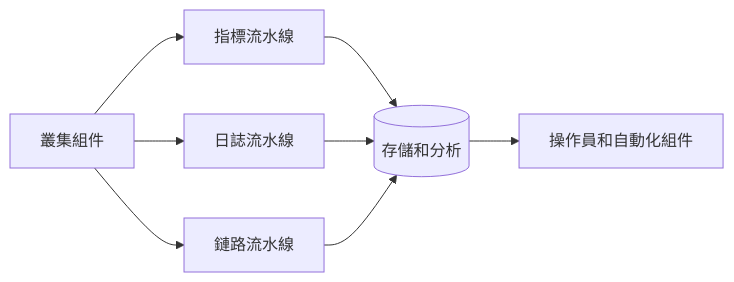
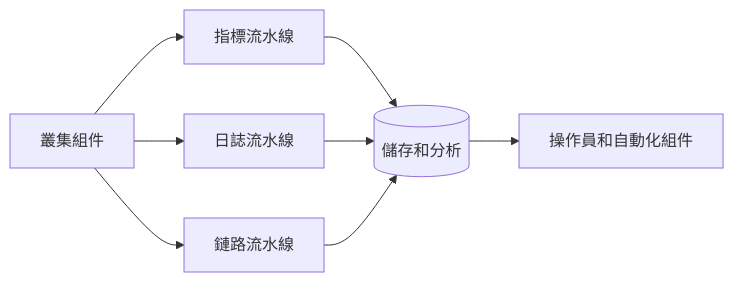
The first of 4 diagrams in content/zh-tw/docs/concepts/cluster-administration/observability.md (kubernetes/website), drawn with Mermaid before and after one commit. The commit also changed other lines of this file and 1309 other files, not shown here.

```diff
--- a/content/zh-tw/docs/concepts/cluster-administration/observability.md
+++ b/content/zh-tw/docs/concepts/cluster-administration/observability.md
@@ -58,11 +58,11 @@
 {{< mermaid >}}
 
 flowchart LR
     A[叢集組件] --> M[指標流水線]
     A --> L[日誌流水線]
     A --> T[鏈路流水線]
-    M --> S[(存儲和分析)]
+    M --> S[(儲存和分析)]
     L --> S
     T --> S
     S --> O[操作員和自動化組件]
 {{< /mermaid >}}
```
